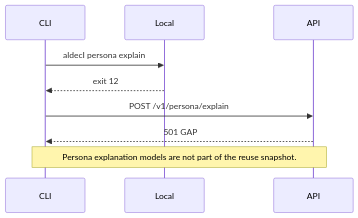
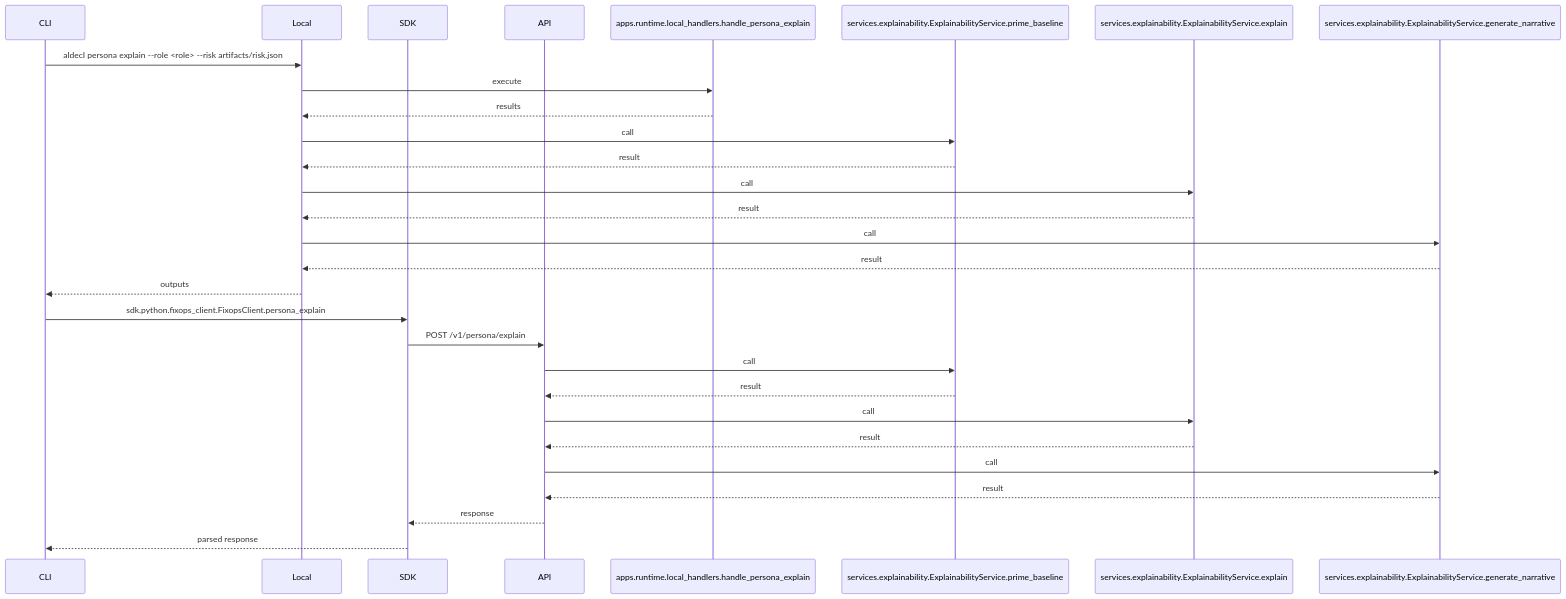
The diagram in docs/diagrams/seq_persona_explain.mmd (DevOpsMadDog/Aldeci), drawn with Mermaid before and after one commit. The commit also changed 52 other files, not shown here.

```diff
--- a/docs/diagrams/seq_persona_explain.mmd
+++ b/docs/diagrams/seq_persona_explain.mmd
@@ -1,9 +1,29 @@
 sequenceDiagram
     participant CLI
     participant Local
+    participant SDK
     participant API
-    CLI->>Local: aldecI persona explain
-    Local-->>CLI: exit 12
-    CLI->>API: POST /v1/persona/explain
-    API-->>CLI: 501 GAP
-    Note over CLI,API: Persona explanation models are not part of the reuse snapshot.
+    participant L153873 as apps.runtime.local_handlers.handle_persona_explain
+    participant S818439 as services.explainability.ExplainabilityService.prime_baseline
+    participant S546294 as services.explainability.ExplainabilityService.explain
+    participant S351573 as services.explainability.ExplainabilityService.generate_narrative
+    CLI->>Local: aldecI persona explain --role <role> --risk artifacts/risk.json
+    Local->>L153873: execute
+    L153873-->>Local: results
+    Local->>S818439: call
+    S818439-->>Local: result
+    Local->>S546294: call
+    S546294-->>Local: result
+    Local->>S351573: call
+    S351573-->>Local: result
+    Local-->>CLI: outputs
+    CLI->>SDK: sdk.python.fixops_client.FixopsClient.persona_explain
+    SDK->>API: POST /v1/persona/explain
+    API->>S818439: call
+    S818439-->>API: result
+    API->>S546294: call
+    S546294-->>API: result
+    API->>S351573: call
+    S351573-->>API: result
+    API-->>SDK: response
+    SDK-->>CLI: parsed response
```
